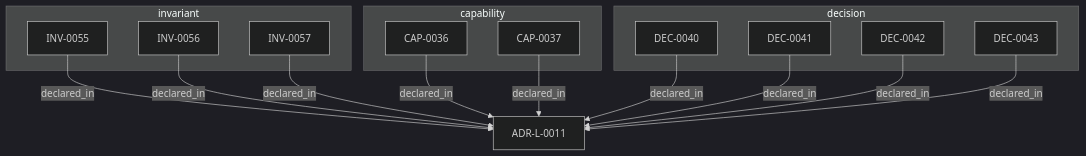
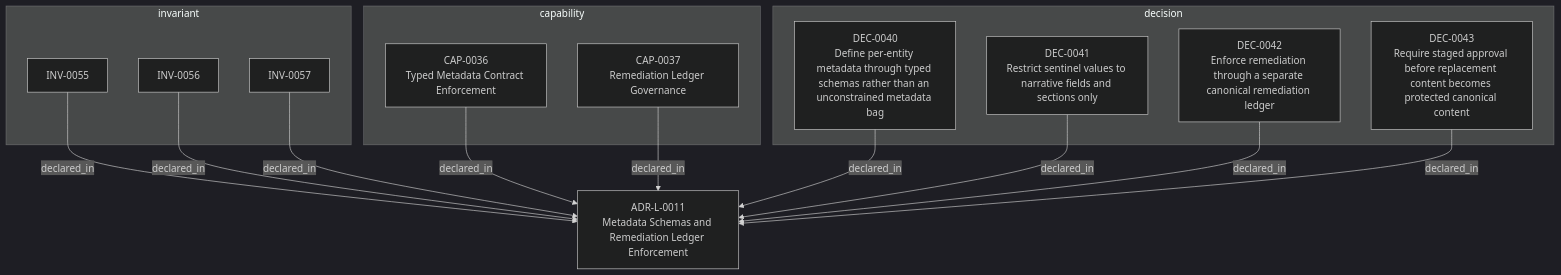
The second of 2 diagrams in adrs/adr-projection/logical/ADR-L-0011-metadata-schemas-and-remediation-ledger-enforcement.md (egallmann/adr-architecture-kit), drawn with Mermaid (dark theme) before and after one commit. The commit also changed other lines of this file and 35 other files, not shown here.

````diff
--- a/adrs/adr-projection/logical/ADR-L-0011-metadata-schemas-and-remediation-ledger-enforcement.md
+++ b/adrs/adr-projection/logical/ADR-L-0011-metadata-schemas-and-remediation-ledger-enforcement.md
@@ -108,28 +108,28 @@
 ```mermaid
 flowchart TB
-  n_019fee89_e616_7b97_971d_ae165d13bf9c["ADR-L-0011"]
+  n_019fee89_e616_7b97_971d_ae165d13bf9c["ADR-L-0011<br/>Metadata Schemas and Remediation Ledger Enforcement"]
   subgraph sg_capability["capability"]
-    n_019fee89_e616_7755_bd39_ab6dde87eb86["CAP-0036"]
-    n_019fee89_e616_79ea_b43e_32a8705441ec["CAP-0037"]
+    n_019fee89_e616_7755_bd39_ab6dde87eb86["CAP-0036<br/>Typed Metadata Contract Enforcement"]
+    n_019fee89_e616_79ea_b43e_32a8705441ec["CAP-0037<br/>Remediation Ledger Governance"]
   end
   subgraph sg_decision["decision"]
-    n_019fee89_e616_7de2_b63b_577b2c2d53f4["DEC-0040"]
-    n_019fee89_e616_7a04_a927_19a373014476["DEC-0041"]
-    n_019fee89_e616_7d89_8e31_8090d0f91310["DEC-0042"]
-    n_019fee89_e616_748c_a114_227a14f5fef8["DEC-0043"]
+    n_019fee89_e616_7de2_b63b_577b2c2d53f4["DEC-0040<br/>Define per-entity metadata through typed schemas rather than an unconstrained metadata bag"]
+    n_019fee89_e616_7a04_a927_19a373014476["DEC-0041<br/>Restrict sentinel values to narrative fields and sections only"]
+    n_019fee89_e616_7d89_8e31_8090d0f91310["DEC-0042<br/>Enforce remediation through a separate canonical remediation ledger"]
+    n_019fee89_e616_748c_a114_227a14f5fef8["DEC-0043<br/>Require staged approval before replacement content becomes protected canonical content"]
   end
   subgraph sg_invariant["invariant"]
     n_019fee89_e616_713a_b73d_fec9a62b6bfb["INV-0055"]
     n_019fee89_e616_71a8_bd3f_d739b5ccf91e["INV-0056"]
     n_019fee89_e616_7a17_850f_ce32ede3c9c5["INV-0057"]
   end
   n_019fee89_e616_713a_b73d_fec9a62b6bfb -->|"declared_in"| n_019fee89_e616_7b97_971d_ae165d13bf9c
   n_019fee89_e616_71a8_bd3f_d739b5ccf91e -->|"declared_in"| n_019fee89_e616_7b97_971d_ae165d13bf9c
   n_019fee89_e616_748c_a114_227a14f5fef8 -->|"declared_in"| n_019fee89_e616_7b97_971d_ae165d13bf9c
   n_019fee89_e616_7755_bd39_ab6dde87eb86 -->|"declared_in"| n_019fee89_e616_7b97_971d_ae165d13bf9c
   n_019fee89_e616_79ea_b43e_32a8705441ec -->|"declared_in"| n_019fee89_e616_7b97_971d_ae165d13bf9c
   n_019fee89_e616_7a04_a927_19a373014476 -->|"declared_in"| n_019fee89_e616_7b97_971d_ae165d13bf9c
   n_019fee89_e616_7a17_850f_ce32ede3c9c5 -->|"declared_in"| n_019fee89_e616_7b97_971d_ae165d13bf9c
   n_019fee89_e616_7d89_8e31_8090d0f91310 -->|"declared_in"| n_019fee89_e616_7b97_971d_ae165d13bf9c
   n_019fee89_e616_7de2_b63b_577b2c2d53f4 -->|"declared_in"| n_019fee89_e616_7b97_971d_ae165d13bf9c
 ```
````
